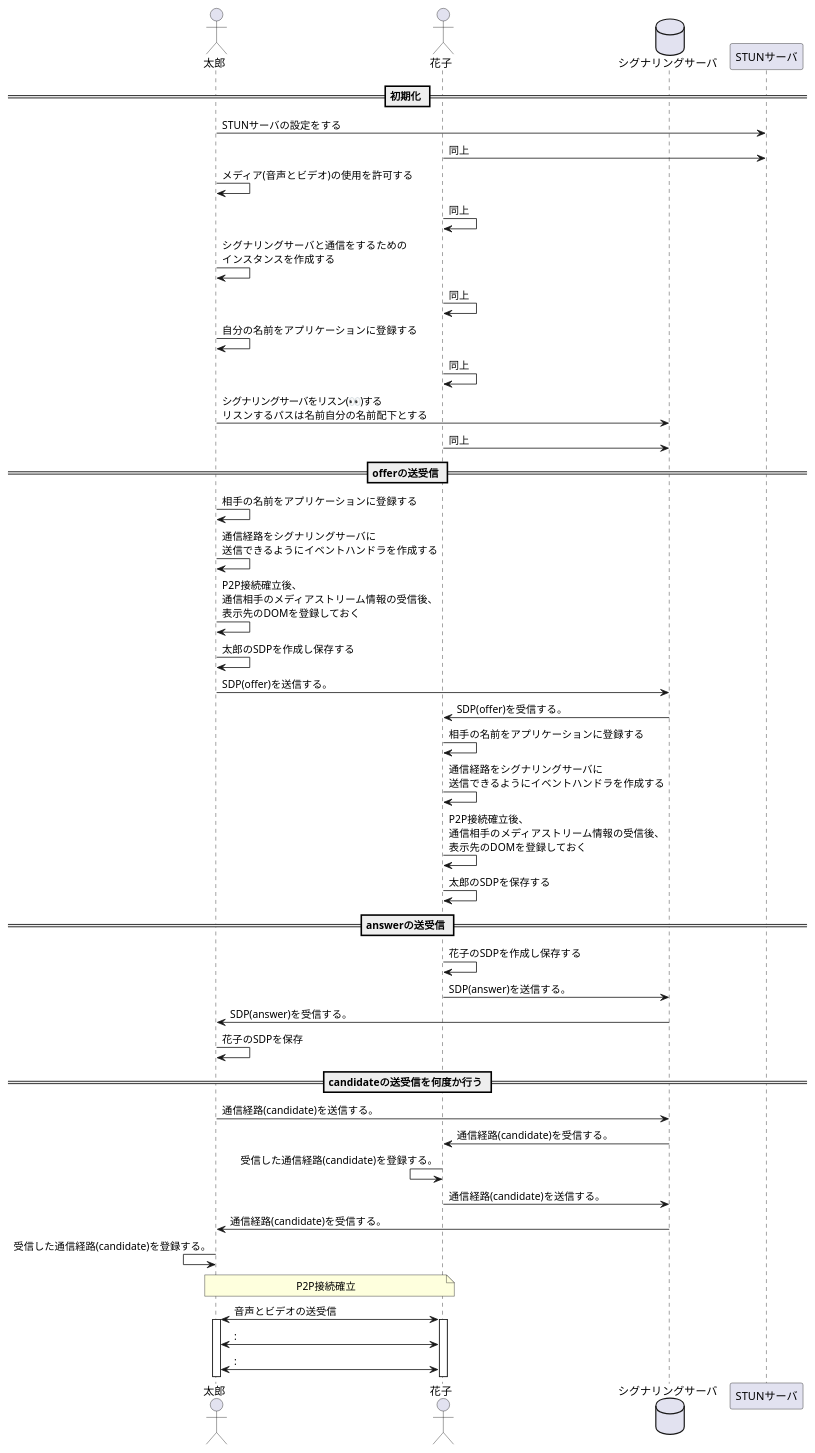
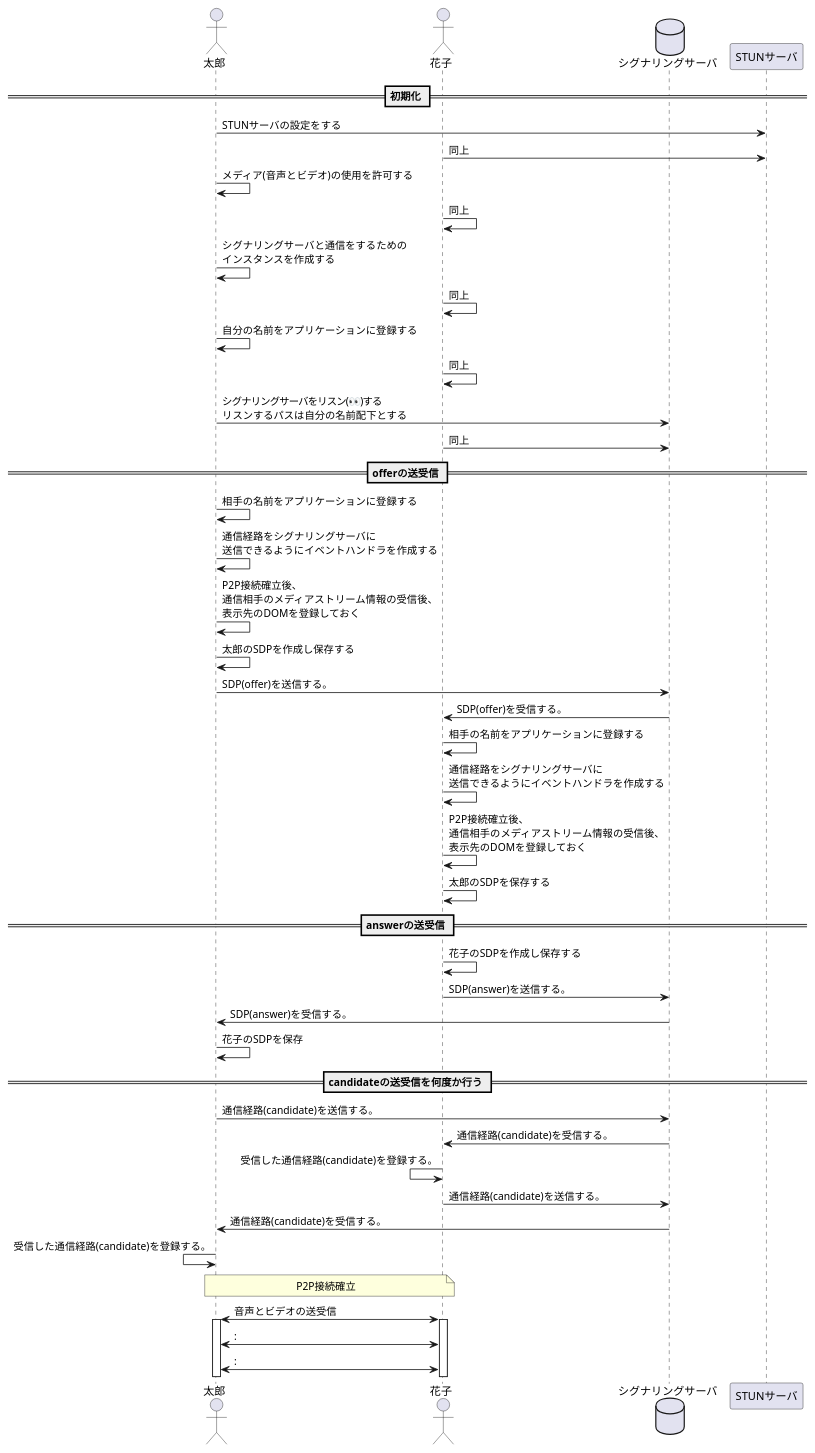
The diagram in webrtc-react-firebase/SEQUENCE_DIAGRAM.md (DiveIntoHacking/handouts), drawn with PlantUML before and after one commit. The commit also changed 1 other file, not shown here.

````diff
--- a/webrtc-react-firebase/SEQUENCE_DIAGRAM.md
+++ b/webrtc-react-firebase/SEQUENCE_DIAGRAM.md
@@ -3,70 +3,70 @@
 ```plantuml
 @startuml
 
 actor 太郎
 actor 花子
 database シグナリングサーバ
 
 == 初期化 ==
 
 太郎 -> STUNサーバ: STUNサーバの設定をする
 花子 -> STUNサーバ: 同上
 
 太郎 -> 太郎: メディア(音声とビデオ)の使用を許可する
 花子 -> 花子: 同上
 
 太郎 -> 太郎: シグナリングサーバと通信をするための\nインスタンスを作成する
 花子 -> 花子: 同上
 
 太郎 -> 太郎: 自分の名前をアプリケーションに登録する
 花子 -> 花子: 同上
 
-太郎 -> シグナリングサーバ: シグナリングサーバをリスン(👀)する\nリスンするパスは名前自分の名前配下とする
+太郎 -> シグナリングサーバ: シグナリングサーバをリスン(👀)する\nリスンするパスは自分の名前配下とする
 花子 -> シグナリングサーバ: 同上
 
 == offerの送受信 ==
 
 太郎 -> 太郎: 相手の名前をアプリケーションに登録する
 太郎 -> 太郎: 通信経路をシグナリングサーバに\n送信できるようにイベントハンドラを作成する
 太郎 -> 太郎: P2P接続確立後、\n通信相手のメディアストリーム情報の受信後、\n表示先のDOMを登録しておく
 太郎 -> 太郎: 太郎のSDPを作成し保存する
 太郎 -> シグナリングサーバ: SDP(offer)を送信する。
 
 花子 <- シグナリングサーバ: SDP(offer)を受信する。
 花子 -> 花子: 相手の名前をアプリケーションに登録する
 花子 -> 花子: 通信経路をシグナリングサーバに\n送信できるようにイベントハンドラを作成する
 花子 -> 花子: P2P接続確立後、\n通信相手のメディアストリーム情報の受信後、\n表示先のDOMを登録しておく
 花子 -> 花子: 太郎のSDPを保存する
 
 == answerの送受信 ==
 
 花子 -> 花子: 花子のSDPを作成し保存する
 花子 -> シグナリングサーバ: SDP(answer)を送信する。
 シグナリングサーバ -> 太郎: SDP(answer)を受信する。
 
 太郎 -> 太郎: 花子のSDPを保存
 
 == candidateの送受信を何度か行う ==
 
 太郎 -> シグナリングサーバ: 通信経路(candidate)を送信する。
 花子 <- シグナリングサーバ: 通信経路(candidate)を受信する。
 花子 <- 花子: 受信した通信経路(candidate)を登録する。
 
 花子 -> シグナリングサーバ: 通信経路(candidate)を送信する。
 太郎 <- シグナリングサーバ: 通信経路(candidate)を受信する。
 太郎 <- 太郎: 受信した通信経路(candidate)を登録する。
 
 
 note over 太郎, 花子
 P2P接続確立
 end note
 
 
 太郎 <-> 花子: 音声とビデオの送受信
 activate 太郎
 activate 花子
 太郎 <-> 花子: :
 太郎 <-> 花子: :
 
 @enduml
 ```
````
